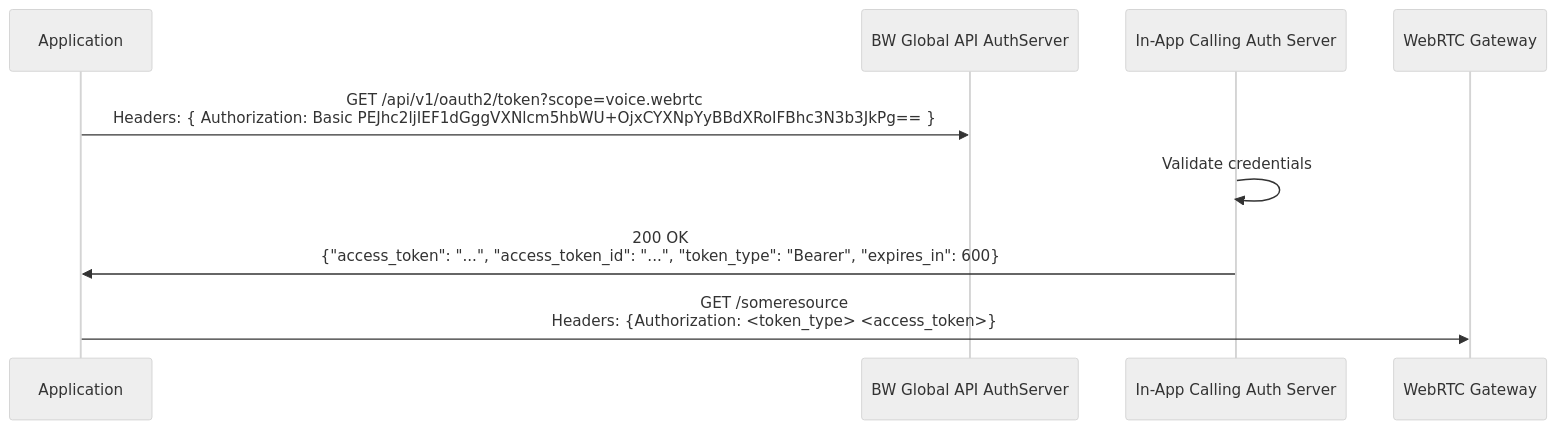
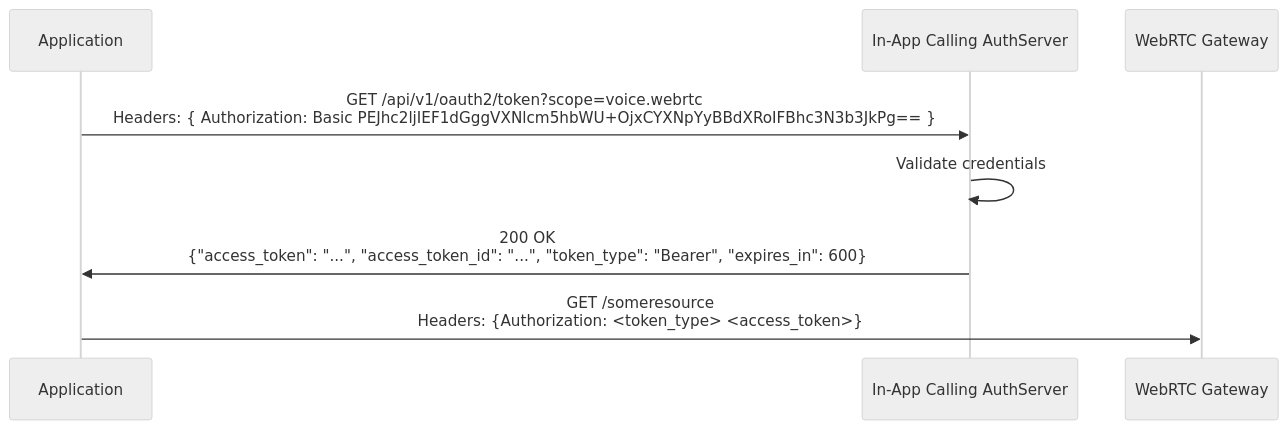
One commit to Bandwidth/api-docs changed the diagram in site/global-guides/voice/authentication.mdx. Above: the diagram before and after it, drawn with Mermaid (neutral theme). The commit also changed other lines of this file, not shown here.

Commit message:
GRAVITY-1030 Fix type in the name of the AuthServer

````diff
--- a/site/global-guides/voice/authentication.mdx
+++ b/site/global-guides/voice/authentication.mdx
@@ -24,7 +24,7 @@
 ```mermaid
 sequenceDiagram
-    Application->>BW Global API AuthServer: GET /api/v1/oauth2/token?scope=voice.webrtc <br> Headers: { Authorization: Basic PEJhc2ljIEF1dGggVXNlcm5hbWU+OjxCYXNpYyBBdXRoIFBhc3N3b3JkPg== }
-    In-App Calling Auth Server->>In-App Calling Auth Server: Validate credentials
-    In-App Calling Auth Server->>Application: 200 OK <br> {"access_token": "...", "access_token_id": "...", "token_type": "Bearer", "expires_in": 600}
+    Application->>In-App Calling AuthServer: GET /api/v1/oauth2/token?scope=voice.webrtc <br> Headers: { Authorization: Basic PEJhc2ljIEF1dGggVXNlcm5hbWU+OjxCYXNpYyBBdXRoIFBhc3N3b3JkPg== }
+    In-App Calling AuthServer->>In-App Calling AuthServer: Validate credentials
+    In-App Calling AuthServer->>Application: 200 OK <br> {"access_token": "...", "access_token_id": "...", "token_type": "Bearer", "expires_in": 600}
     Application->>WebRTC Gateway: GET /someresource <br> Headers: {Authorization: <token_type> <access_token>}
 ```
````
